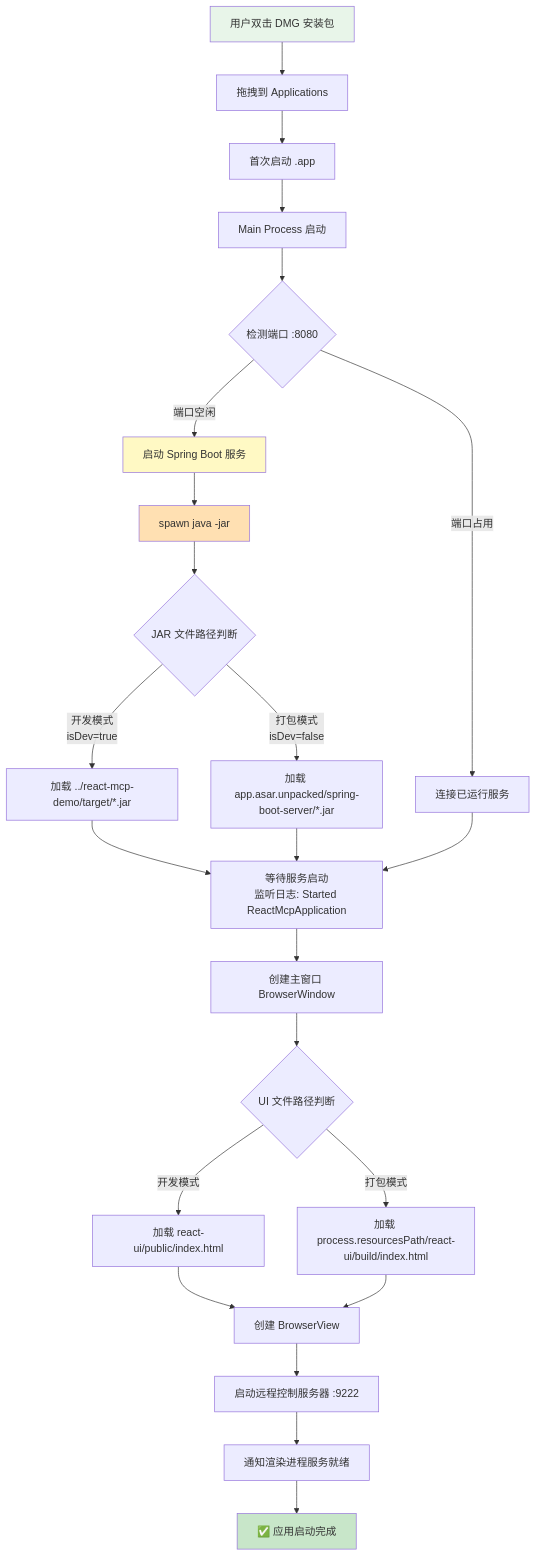
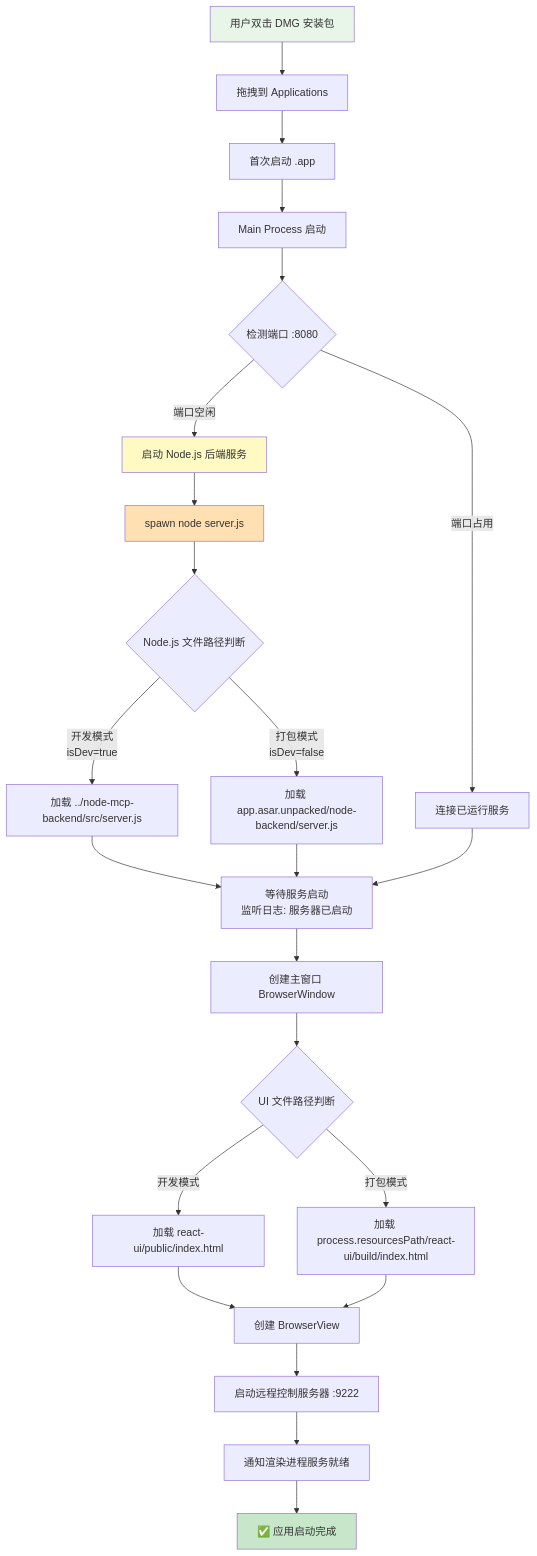
Before and after one commit to 1018053166/ReActAgentDemo: the fourth of 4 diagrams in README.md, drawn with Mermaid. The commit also changed other lines of this file and 51 other files, not shown here.

````diff
--- a/README.md
+++ b/README.md
@@ -115,39 +121,39 @@
 ```mermaid
 graph TD
     A[用户双击 DMG 安装包] --> B[拖拽到 Applications]
     B --> C[首次启动 .app]
     
     C --> D[Main Process 启动]
     D --> E{检测端口 :8080}
     
-    E -->|端口空闲| F[启动 Spring Boot 服务]
+    E -->|端口空闲| F[启动 Node.js 后端服务]
     E -->|端口占用| G[连接已运行服务]
     
-    F --> H[spawn java -jar]
-    H --> I{JAR 文件路径判断}
+    F --> H[spawn node server.js]
+    H --> I{Node.js 文件路径判断}
     
-    I -->|开发模式<br/>isDev=true| J[加载 ../react-mcp-demo/target/*.jar]
-    I -->|打包模式<br/>isDev=false| K[加载 app.asar.unpacked/spring-boot-server/*.jar]
+    I -->|开发模式<br/>isDev=true| J[加载 ../node-mcp-backend/src/server.js]
+    I -->|打包模式<br/>isDev=false| K[加载 app.asar.unpacked/node-backend/server.js]
     
-    J --> L[等待服务启动<br/>监听日志: Started ReactMcpApplication]
+    J --> L[等待服务启动<br/>监听日志: 服务器已启动]
     K --> L
     G --> L
     
     L --> M[创建主窗口 BrowserWindow]
     M --> N{UI 文件路径判断}
     
     N -->|开发模式| O[加载 react-ui/public/index.html]
     N -->|打包模式| P[加载 process.resourcesPath/react-ui/build/index.html]
     
     O --> Q[创建 BrowserView<br/>]
     P --> Q
     
     Q --> R[启动远程控制服务器 :9222]
     R --> S[通知渲染进程服务就绪]
     S --> T[✅ 应用启动完成]
     
     style A fill:#e8f5e9
     style T fill:#c8e6c9
     style F fill:#fff9c4
     style H fill:#ffe0b2
 ```
````
